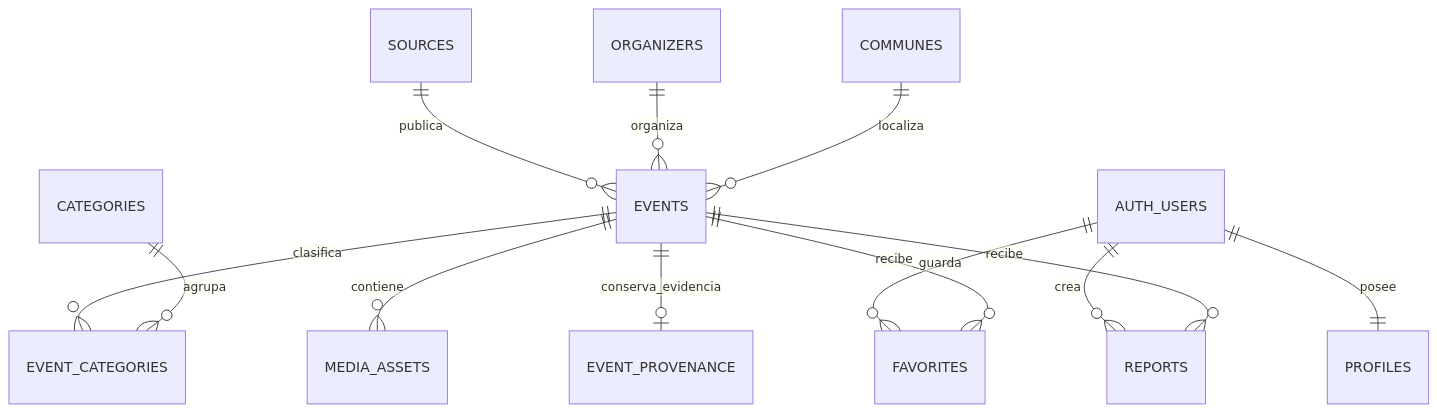
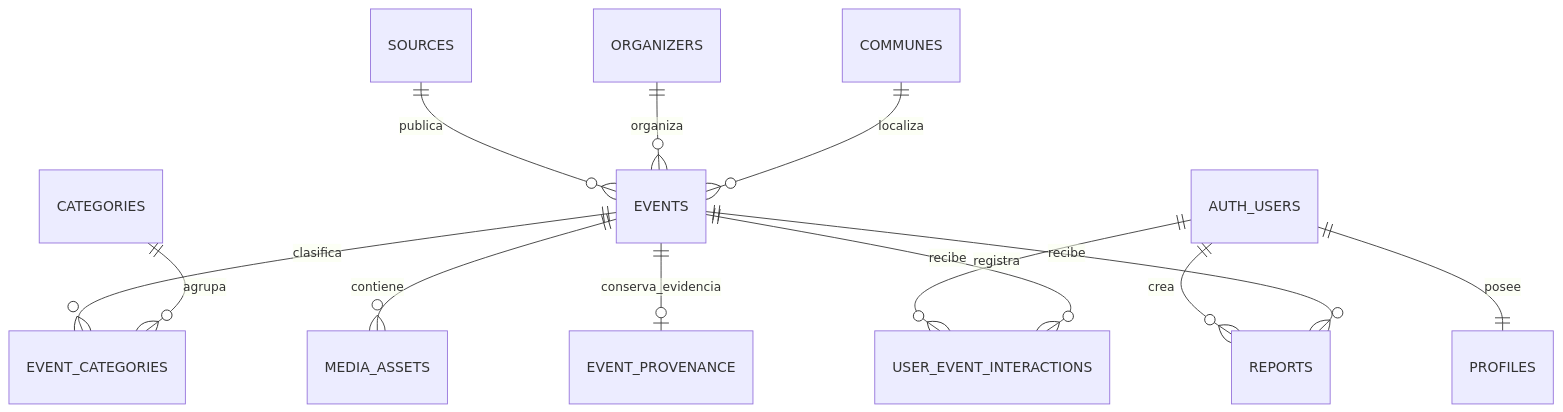
One commit to sunsitox/sunsitox-Scraper_de_eventos_culturales changed the diagram in docs/DATABASE.md. Above: the diagram before and after it, drawn with Mermaid. The commit also changed other lines of this file and 6 other files, not shown here.

````diff
--- a/docs/DATABASE.md
+++ b/docs/DATABASE.md
@@ -18,15 +18,15 @@
 ```mermaid
 erDiagram
     SOURCES ||--o{ EVENTS : publica
     ORGANIZERS ||--o{ EVENTS : organiza
     COMMUNES ||--o{ EVENTS : localiza
     EVENTS ||--o{ EVENT_CATEGORIES : clasifica
     CATEGORIES ||--o{ EVENT_CATEGORIES : agrupa
     EVENTS ||--o{ MEDIA_ASSETS : contiene
     EVENTS ||--o| EVENT_PROVENANCE : conserva_evidencia
     AUTH_USERS ||--|| PROFILES : posee
-    AUTH_USERS ||--o{ FAVORITES : guarda
-    EVENTS ||--o{ FAVORITES : recibe
+    AUTH_USERS ||--o{ USER_EVENT_INTERACTIONS : registra
+    EVENTS ||--o{ USER_EVENT_INTERACTIONS : recibe
     AUTH_USERS ||--o{ REPORTS : crea
     EVENTS ||--o{ REPORTS : recibe
 ```
````
